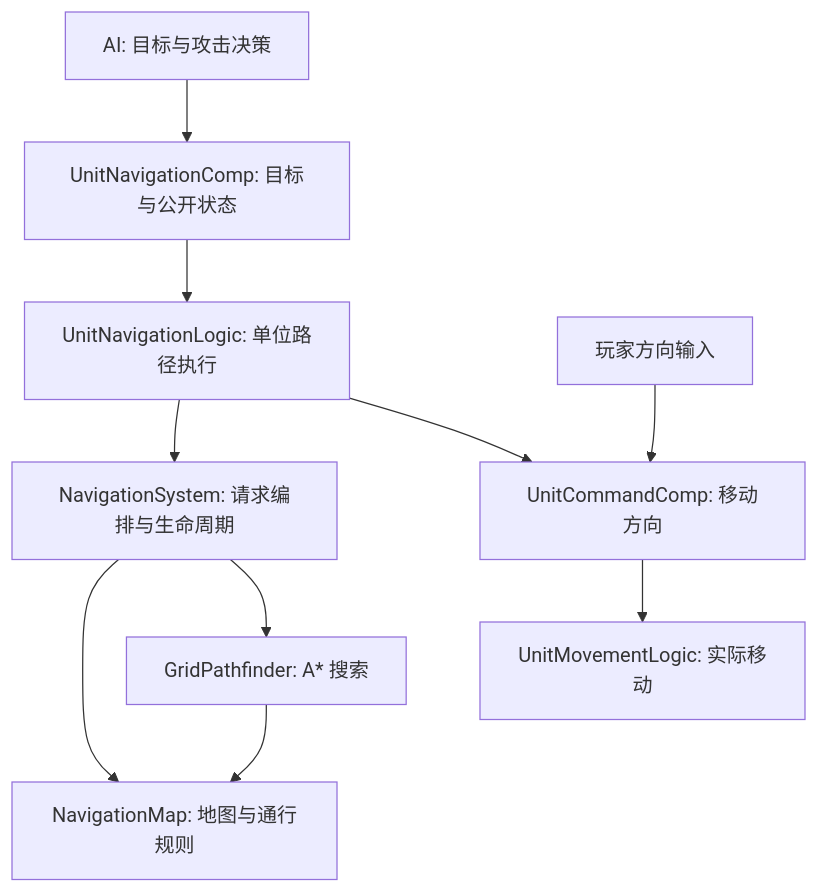
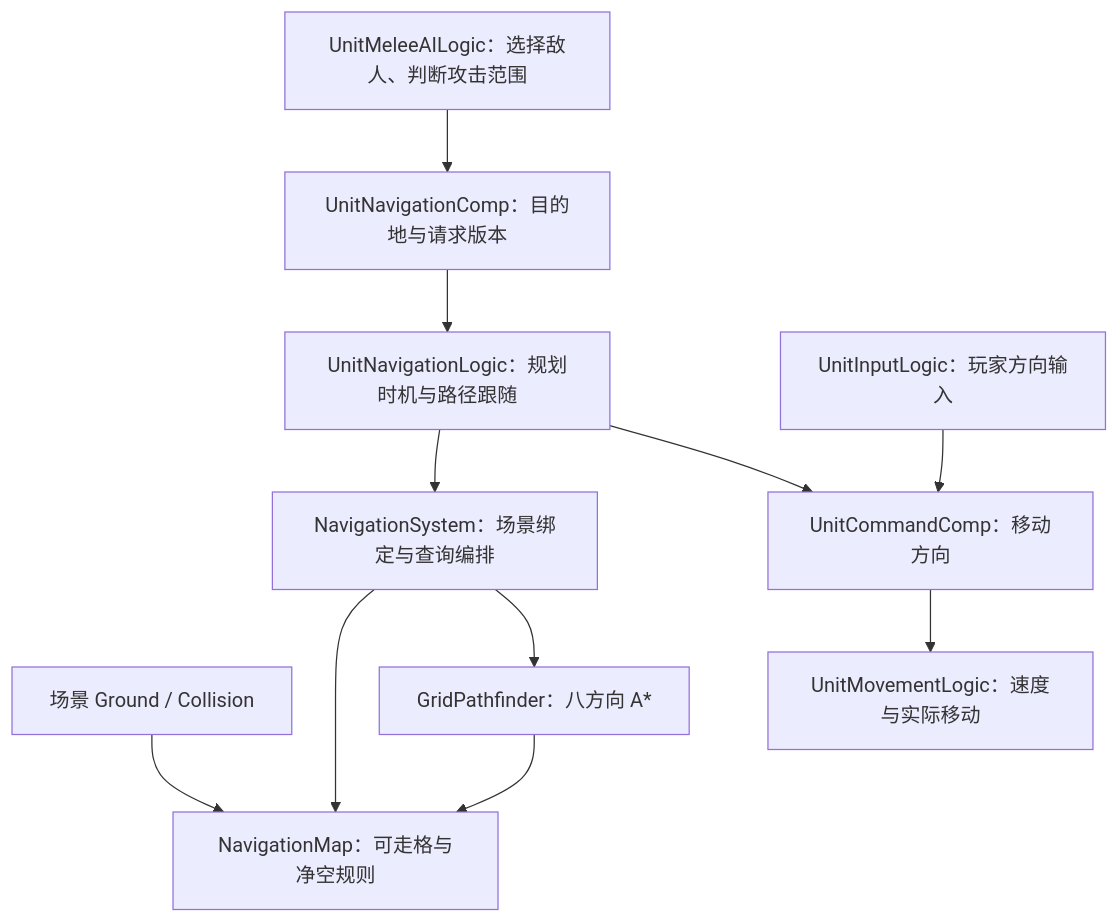
The diagram in Assets/Doc/NavigationArchitectureReview.md (WLDZS/Tiny-Nations), drawn with Mermaid before and after one commit. The commit also changed other lines of this file and 61 other files, not shown here.

````diff
--- a/Assets/Doc/NavigationArchitectureReview.md
+++ b/Assets/Doc/NavigationArchitectureReview.md
@@ -170,12 +10,13 @@
 ```mermaid
 flowchart TD
-    AI[AI: 目标与攻击决策] --> State[UnitNavigationComp: 目标与公开状态]
-    State --> Follow[UnitNavigationLogic: 单位路径执行]
-    Follow --> Service[NavigationSystem: 请求编排与生命周期]
-    Service --> Map[NavigationMap: 地图与通行规则]
-    Service --> Search[GridPathfinder: A* 搜索]
+    Scene[场景 Ground / Collision] --> Map[NavigationMap：可走格与净空规则]
+    Service[NavigationSystem：场景绑定与查询编排] --> Map
+    Service --> Search[GridPathfinder：八方向 A*]
     Search --> Map
-    Follow --> Output[UnitCommandComp: 移动方向]
-    Input[玩家方向输入] --> Output
-    Output --> Move[UnitMovementLogic: 实际移动]
+    AI[UnitMeleeAILogic：选择敌人、判断攻击范围] --> Request[UnitNavigationComp：目的地与请求版本]
+    Request --> Follow[UnitNavigationLogic：规划时机与路径跟随]
+    Follow --> Service
+    Follow --> Command[UnitCommandComp：移动方向]
+    Input[UnitInputLogic：玩家方向输入] --> Command
+    Command --> Move[UnitMovementLogic：速度与实际移动]
 ```
````
